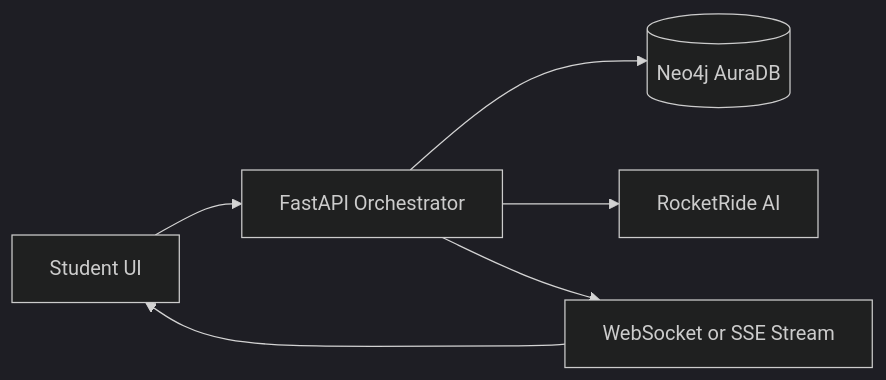
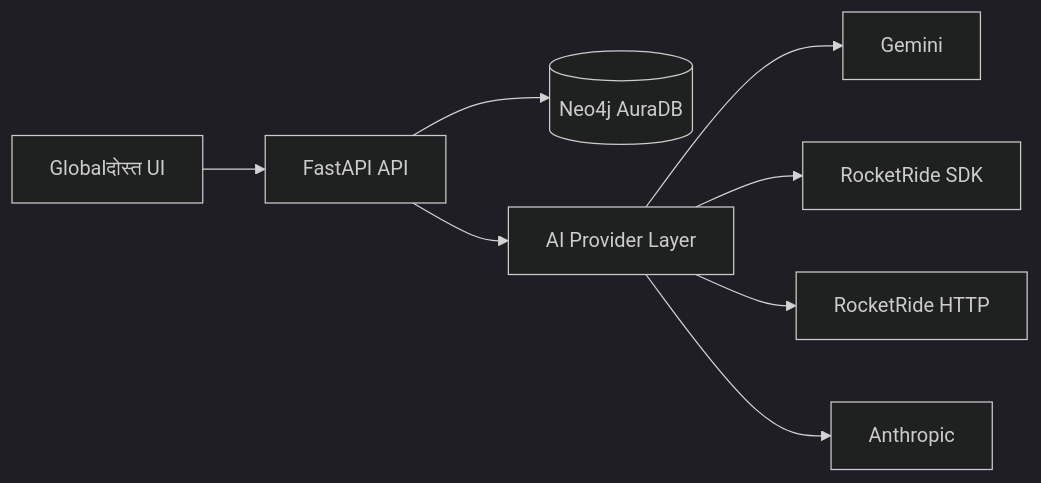
The first of 2 diagrams in docs/architecture.md (ikathuria/GlobalBuddy), drawn with Mermaid (dark theme) before and after one commit. The commit also changed other lines of this file and 26 other files, not shown here.

````diff
--- a/docs/architecture.md
+++ b/docs/architecture.md
@@ -6,8 +6,10 @@
 ```mermaid
 flowchart LR
-  U[Student UI] --> B[FastAPI Orchestrator]
+  U[Globalदोस्त UI] --> B[FastAPI API]
   B --> N[(Neo4j AuraDB)]
-  B --> R[RocketRide AI]
-  B --> V[WebSocket or SSE Stream]
-  V --> U
+  B --> A[AI Provider Layer]
+  A --> G[Gemini]
+  A --> RS[RocketRide SDK]
+  A --> RH[RocketRide HTTP]
+  A --> AN[Anthropic]
 ```
````
